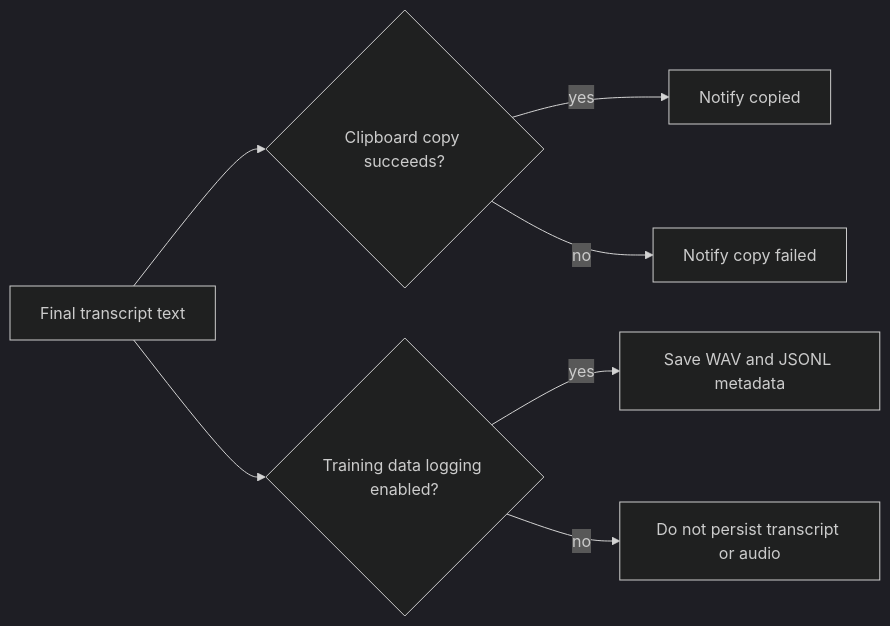
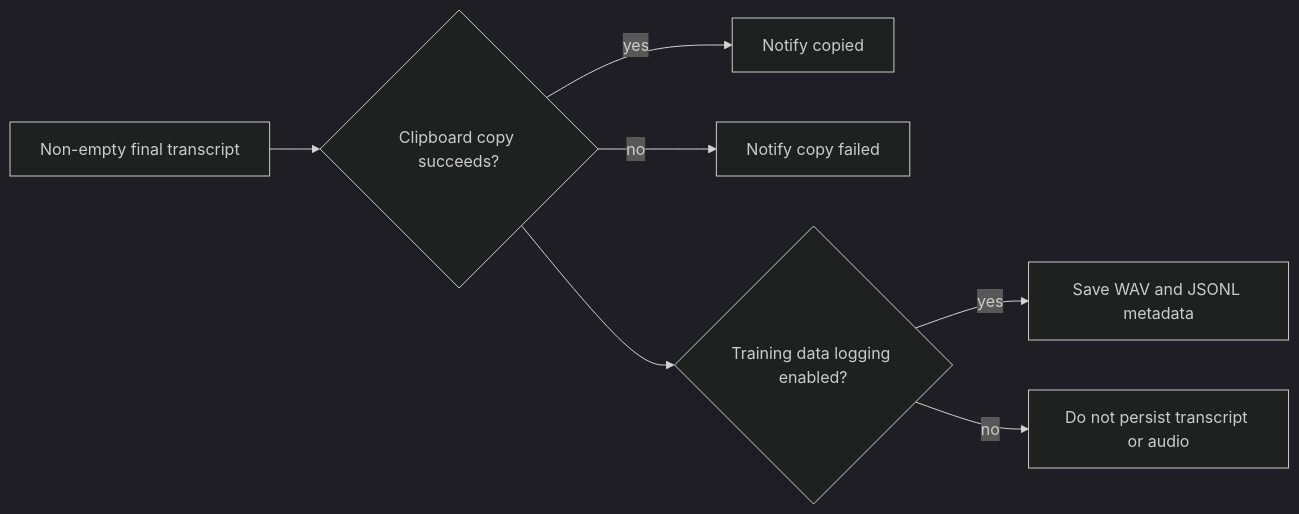
The fourth of 4 diagrams in docs/failure-and-fallbacks.md (laceyp99/murmur), drawn with Mermaid (dark theme) before and after one commit. The commit also changed other lines of this file and 6 other files, not shown here.

````diff
--- a/docs/failure-and-fallbacks.md
+++ b/docs/failure-and-fallbacks.md
@@ -84,9 +89,9 @@
 ```mermaid
 flowchart LR
-    FinalText["Final transcript text"] --> Clipboard{"Clipboard copy succeeds?"}
-    FinalText --> Logging{"Training data logging enabled?"}
+    FinalText["Non-empty final transcript"] --> Clipboard{"Clipboard copy succeeds?"}
     Clipboard -->|yes| NotifyCopied["Notify copied"]
     Clipboard -->|no| NotifyCopyFailed["Notify copy failed"]
+    Clipboard --> Logging{"Training data logging enabled?"}
     Logging -->|yes| SaveLog["Save WAV and JSONL metadata"]
     Logging -->|no| SkipLog["Do not persist transcript or audio"]
 ```
````
